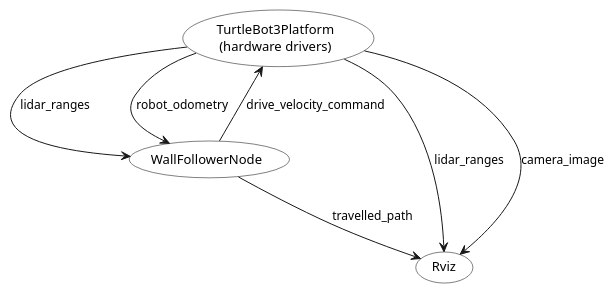
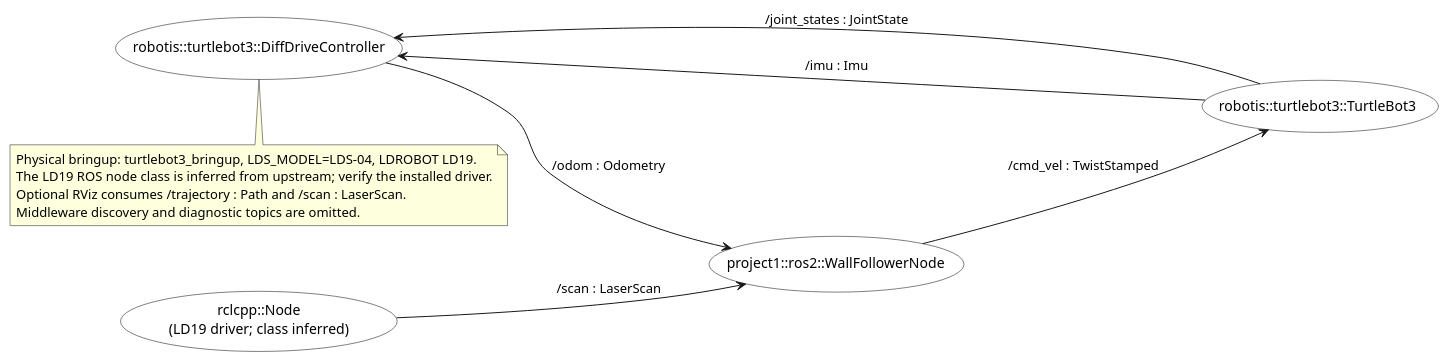
The diagram in Report_ROS/ROS_diagram_hardware.puml (cowwwww/MTRX3760_Group30_Project1), drawn with PlantUML before and after one commit. The commit also changed 820 other files, not shown here.

Commit message:
Consolidate Project 1 into one shared wall follower

```diff
--- a/Report_ROS/ROS_diagram_hardware.puml
+++ b/Report_ROS/ROS_diagram_hardware.puml
@@ -1,23 +1,23 @@
 @startuml
-
+left to right direction
 skinparam shadowing false
-skinparam usecase {
-  BackgroundColor White
-  BorderColor Black
-  FontSize 13
-}
-skinparam ArrowFontSize 12
-skinparam nodesep 40
-skinparam ranksep 55
-
-usecase "TurtleBot3Platform\n(hardware drivers)" as Platform
-usecase "WallFollowerNode" as Follower
-usecase "Rviz" as Rviz
-
-Platform --> Follower : lidar_ranges
-Platform --> Follower : robot_odometry
-Follower --> Platform : drive_velocity_command
-Follower --> Rviz     : travelled_path
-Platform --> Rviz     : lidar_ranges
-Platform --> Rviz     : camera_image
+skinparam usecaseBackgroundColor White
+skinparam usecaseBorderColor Black
+skinparam nodesep 65
+skinparam ranksep 85
+usecase "robotis::turtlebot3::TurtleBot3" as Robot
+usecase "rclcpp::Node\n(LD19 driver; class inferred)" as Lidar
+usecase "project1::ros2::WallFollowerNode" as Follower
+usecase "robotis::turtlebot3::DiffDriveController" as Odom
+Lidar --> Follower : /scan : LaserScan
+Robot --> Odom : /joint_states : JointState
+Robot --> Odom : /imu : Imu
+Odom --> Follower : /odom : Odometry
+Follower --> Robot : /cmd_vel : TwistStamped
+note bottom
+Physical bringup: turtlebot3_bringup, LDS_MODEL=LDS-04, LDROBOT LD19.
+The LD19 ROS node class is inferred from upstream; verify the installed driver.
+Optional RViz consumes /trajectory : Path and /scan : LaserScan.
+Middleware discovery and diagnostic topics are omitted.
+end note
 @enduml
```
